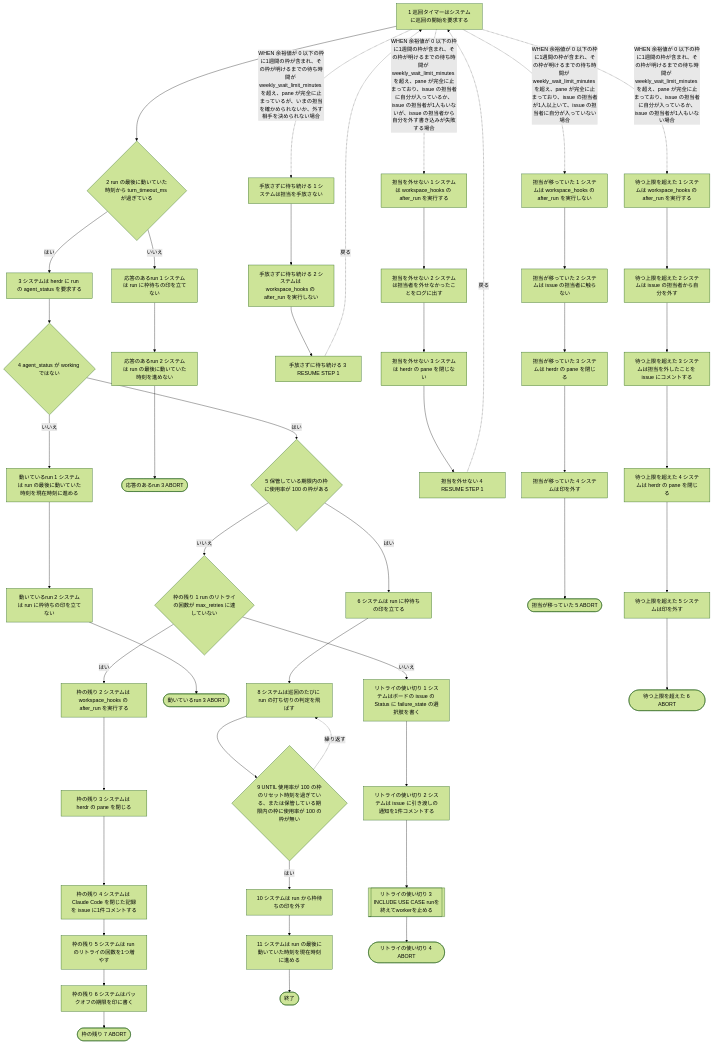
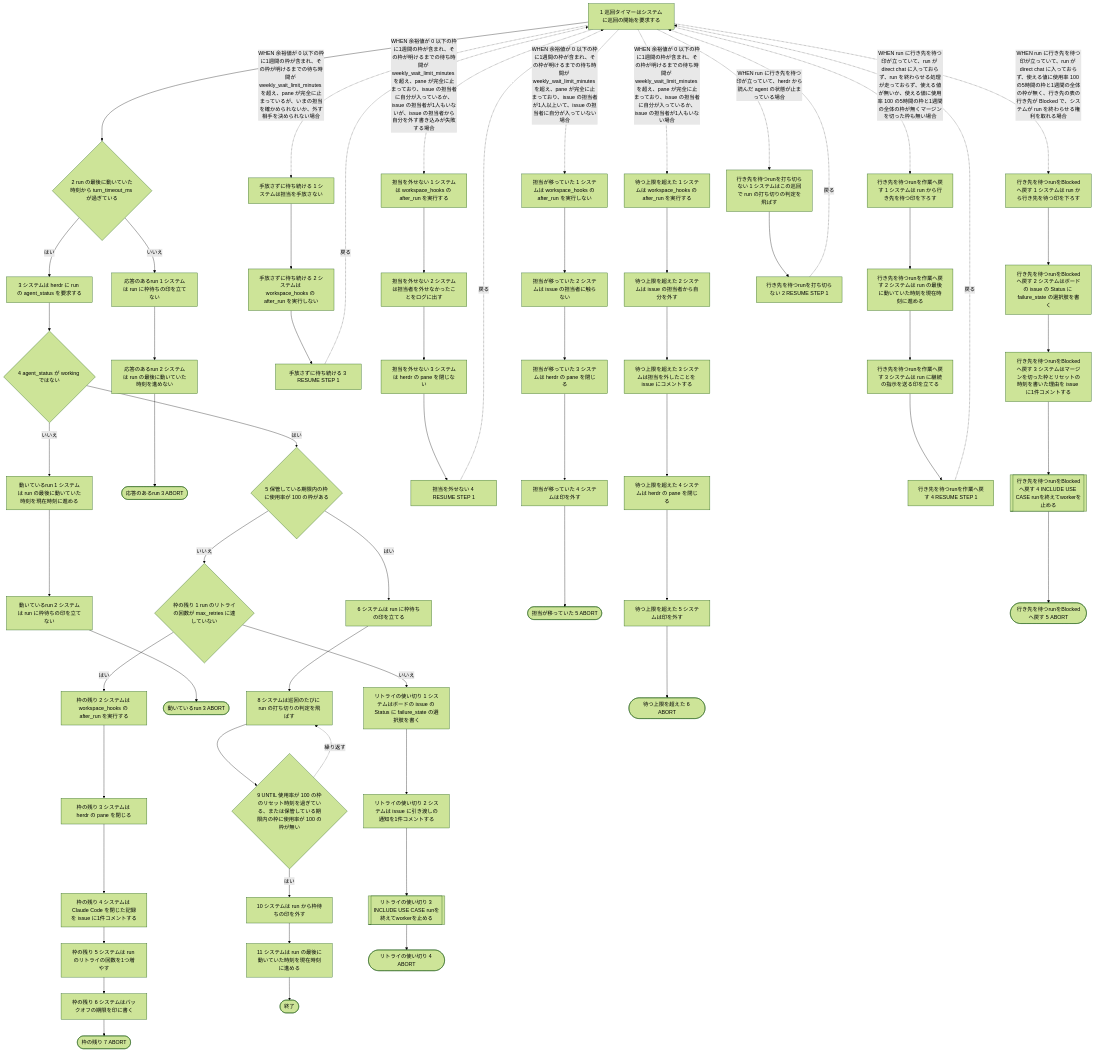
One commit to maimuzo/continuo changed the first of 2 diagrams in docs/spec/usecases/particular_case/枠待ちのrunの打ち切りを止める.rucm.md. Above: the diagram before and after it, drawn with Mermaid (forest theme). The commit also changed other lines of this file and 91 other files, not shown here.

Commit message:
レートリミットのマージンを切ったら走っている run を切り上げさせる 担当が自分の issue も着手の前にマージンを見て Blocked へ戻すか担当を外し ダッシュボードにレートリミットの区画を足して打ち切りの文面に使用率を載せる

````diff
--- a/docs/spec/usecases/particular_case/枠待ちのrunの打ち切りを止める.rucm.md
+++ b/docs/spec/usecases/particular_case/枠待ちのrunの打ち切りを止める.rucm.md
@@ -267,11 +301,25 @@
     A8S4["待つ上限を超えた 4 システムは herdr の pane を閉じる"]
     A8S5["待つ上限を超えた 5 システムは印を外す"]
     A8S6(["待つ上限を超えた 6 ABORT"])
+    A9S1["行き先を待つrunを作業へ戻す 1 システムは run から行き先を待つ印を下ろす"]
+    A9S2["行き先を待つrunを作業へ戻す 2 システムは run の最後に動いていた時刻を現在時刻に進める"]
+    A9S3["行き先を待つrunを作業へ戻す 3 システムは run に継続の指示を送る印を立てる"]
+    A9S4["行き先を待つrunを作業へ戻す 4 RESUME STEP 1"]
+    A10S1["行き先を待つrunをBlockedへ戻す 1 システムは run から行き先を待つ印を下ろす"]
+    A10S2["行き先を待つrunをBlockedへ戻す 2 システムはボードの issue の Status に failure_state の選択肢を書く"]
+    A10S3["行き先を待つrunをBlockedへ戻す 3 システムはマージンを切った枠とリセットの時刻を書いた理由を issue に1件コメントする"]
+    A10S4[["行き先を待つrunをBlockedへ戻す 4 INCLUDE USE CASE runを終えてworkerを止める"]]
+    A10S5(["行き先を待つrunをBlockedへ戻す 5 ABORT"])
+    A11S1["行き先を待つrunを打ち切らない 1 システムはこの巡回で run の打ち切りの判定を飛ばす"]
+    A11S2["行き先を待つrunを打ち切らない 2 RESUME STEP 1"]
     BS1 --> BS2
     BS1 -. "WHEN 余裕値が 0 以下の枠に1週間の枠が含まれ、その枠が明けるまでの待ち時間が weekly_wait_limit_minutes を超え、pane が完全に止まっているが、いまの担当を確かめられないか、外す相手を決められない場合" .-> A5S1
     BS1 -. "WHEN 余裕値が 0 以下の枠に1週間の枠が含まれ、その枠が明けるまでの待ち時間が weekly_wait_limit_minutes を超え、pane が完全に止まっており、issue の担当者に自分が入っているか、issue の担当者が1人もいないが、issue の担当者から自分を外す書き込みが失敗する場合" .-> A6S1
     BS1 -. "WHEN 余裕値が 0 以下の枠に1週間の枠が含まれ、その枠が明けるまでの待ち時間が weekly_wait_limit_minutes を超え、pane が完全に止まっており、issue の担当者が1人以上いて、issue の担当者に自分が入っていない場合" .-> A7S1
     BS1 -. "WHEN 余裕値が 0 以下の枠に1週間の枠が含まれ、その枠が明けるまでの待ち時間が weekly_wait_limit_minutes を超え、pane が完全に止まっており、issue の担当者に自分が入っているか、issue の担当者が1人もいない場合" .-> A8S1
+    BS1 -. "WHEN run に行き先を待つ印が立っていて、run が direct chat に入っておらず、run を終わらせる処理が走っておらず、使える値が無いか、使える値に使用率 100 の5時間の枠と1週間の全体の枠が無くマージンを切った枠も無い場合" .-> A9S1
+    BS1 -. "WHEN run に行き先を待つ印が立っていて、run が direct chat に入っておらず、使える値に使用率 100 の5時間の枠と1週間の全体の枠が無く、行き先の表の行き先が Blocked で、システムが run を終わらせる権利を取れる場合" .-> A10S1
+    BS1 -. "WHEN run に行き先を待つ印が立っていて、herdr から読んだ agent の状態が止まっている場合" .-> A11S1
     BS2 -- はい --> BS3
     BS2 -- いいえ --> A1S1
     BS3 --> BS4
@@ -314,5 +362,15 @@
     A8S3 --> A8S4
     A8S4 --> A8S5
     A8S5 --> A8S6
+    A9S1 --> A9S2
+    A9S2 --> A9S3
+    A9S3 --> A9S4
+    A9S4 -. "戻る" .-> BS1
+    A10S1 --> A10S2
+    A10S2 --> A10S3
+    A10S3 --> A10S4
+    A10S4 --> A10S5
+    A11S1 --> A11S2
+    A11S2 -. "戻る" .-> BS1
     BS11 --> END(["終了"])
 ```
````
